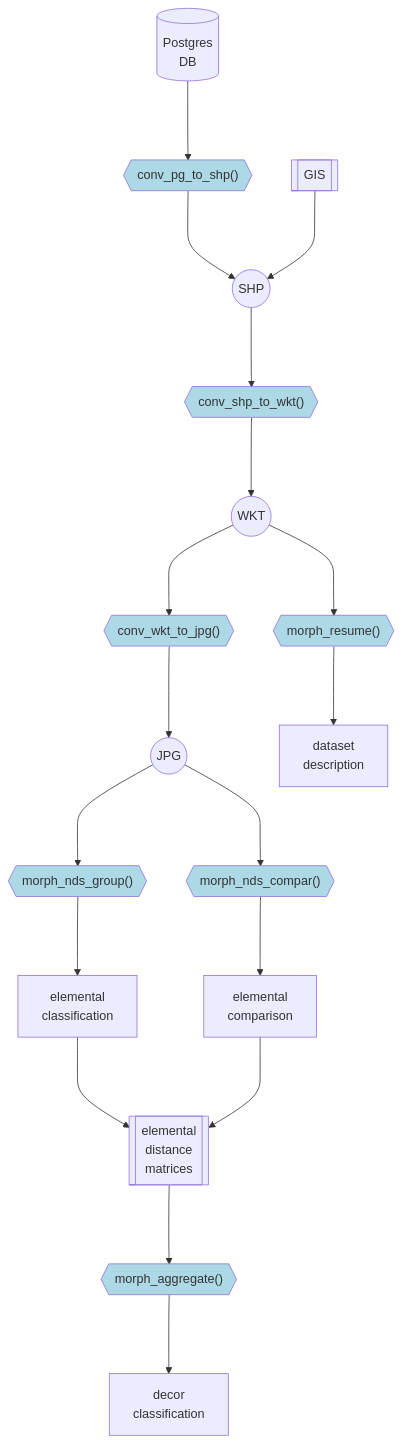
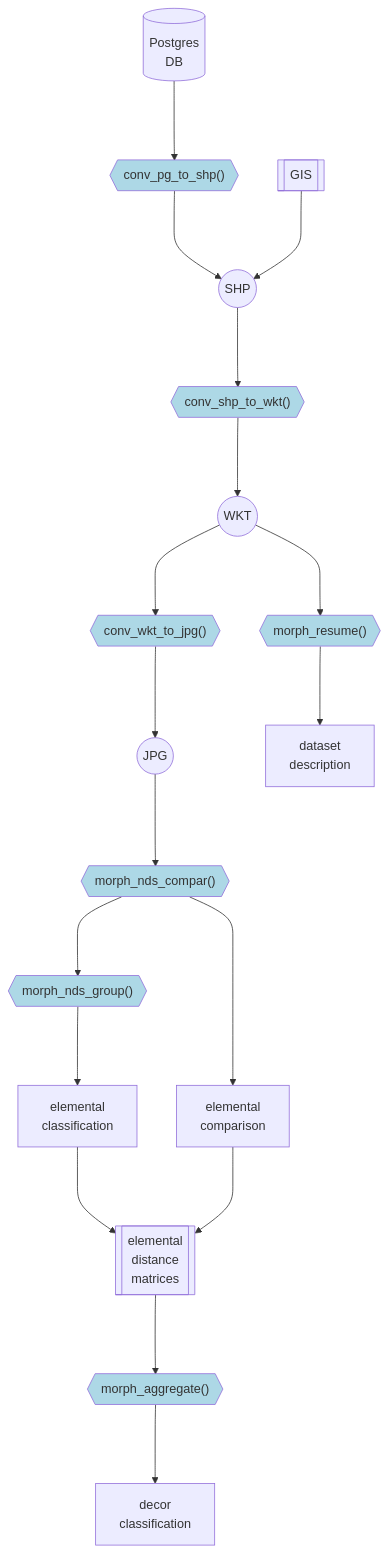
Before and after one commit to zoometh/iconr: the diagram in README.md, drawn with Mermaid. The commit also changed other lines of this file and 5 other files, not shown here.

Commit message:
flowchart mermaids

````diff
--- a/README.md
+++ b/README.md
@@ -144,20 +144,20 @@
 ```mermaid
 flowchart TD
     A[(Postgres<br>DB)] ---> B{{"conv_pg_to_shp()"}}:::iconRpkg;
     B ---> C((SHP));
     Q[[GIS]] ---> C;
     C ---> D{{"conv_shp_to_wkt()"}}:::iconRpkg;
     D ---> E((WKT));
     E ---> F{{"conv_wkt_to_jpg()"}}:::iconRpkg;
     F ---> G((JPG));
-    G ---> H{{"morph_nds_group()"}}:::iconRpkg;
-    H ---> I[elemental<br>classification];
     G ---> J{{"morph_nds_compar()"}}:::iconRpkg;
     J ---> K[elemental<br>comparison];
+    J ---> H{{"morph_nds_group()"}}:::iconRpkg;
+    H ---> I[elemental<br>classification];
     E ---> L{{"morph_resume()"}}:::iconRpkg;
     L ---> P[dataset<br>description];
     I & K ---> M[[elemental<br>distance<br>matrices]];
     M ---> N{{"morph_aggregate()"}}:::iconRpkg;
     N ---> O[decor<br>classification];
     classDef iconRpkg fill:#add8e6;
 ```
````
